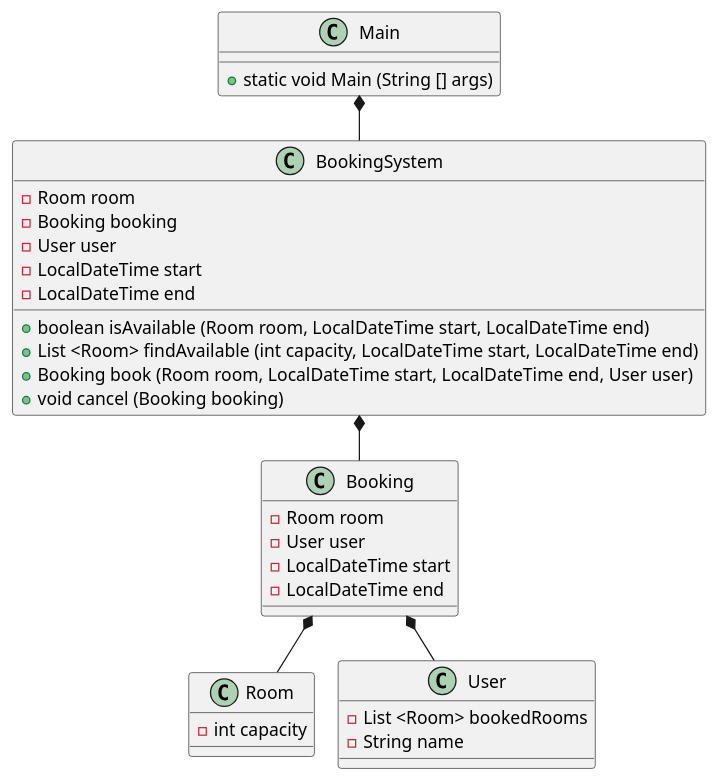
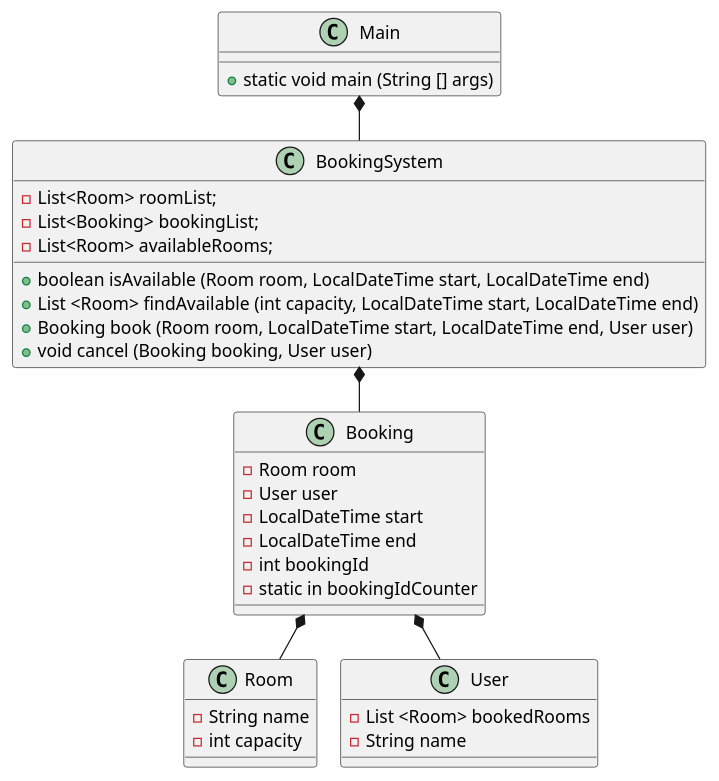
One commit to DavidK97/EKS24_OPG_2 changed the diagram in doc/classdiagram.puml. Above: the diagram before and after it, drawn with PlantUML. The commit also changed 11 other files, not shown here.

```diff
--- a/doc/classdiagram.puml
+++ b/doc/classdiagram.puml
@@ -1,50 +1,51 @@
 @startuml
 'https://plantuml.com/class-diagram
 
 !pragma layout smetana
 
 class Main {
-+ static void Main (String [] args)
++ static void main (String [] args)
 
 }
 
 class BookingSystem {
-- Room room
-- Booking booking
-- User user
-- LocalDateTime start
-- LocalDateTime end
+- List<Room> roomList;
+- List<Booking> bookingList;
+- List<Room> availableRooms;
 
 
 + boolean isAvailable (Room room, LocalDateTime start, LocalDateTime end)
 + List <Room> findAvailable (int capacity, LocalDateTime start, LocalDateTime end)
 + Booking book (Room room, LocalDateTime start, LocalDateTime end, User user)
-+ void cancel (Booking booking)
++ void cancel (Booking booking, User user)
 }
 
 
 class Booking {
 - Room room
 - User user
 - LocalDateTime start
 - LocalDateTime end
+- int bookingId
+- static in bookingIdCounter
 
 }
 
 class Room {
+- String name
 - int capacity
 
 }
 
 class User {
 - List <Room> bookedRooms
 - String name
 
 }
 
 Main *-- BookingSystem
 BookingSystem *-- Booking
 Booking *-- User
 Booking *-- Room
 
 @enduml
```
